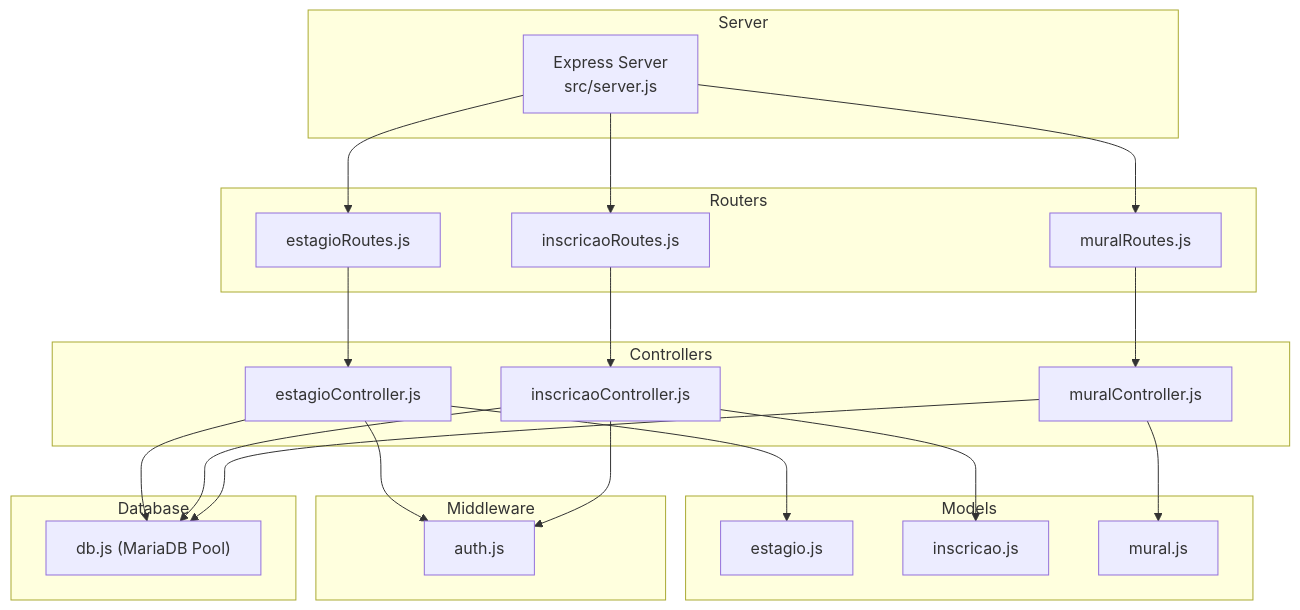
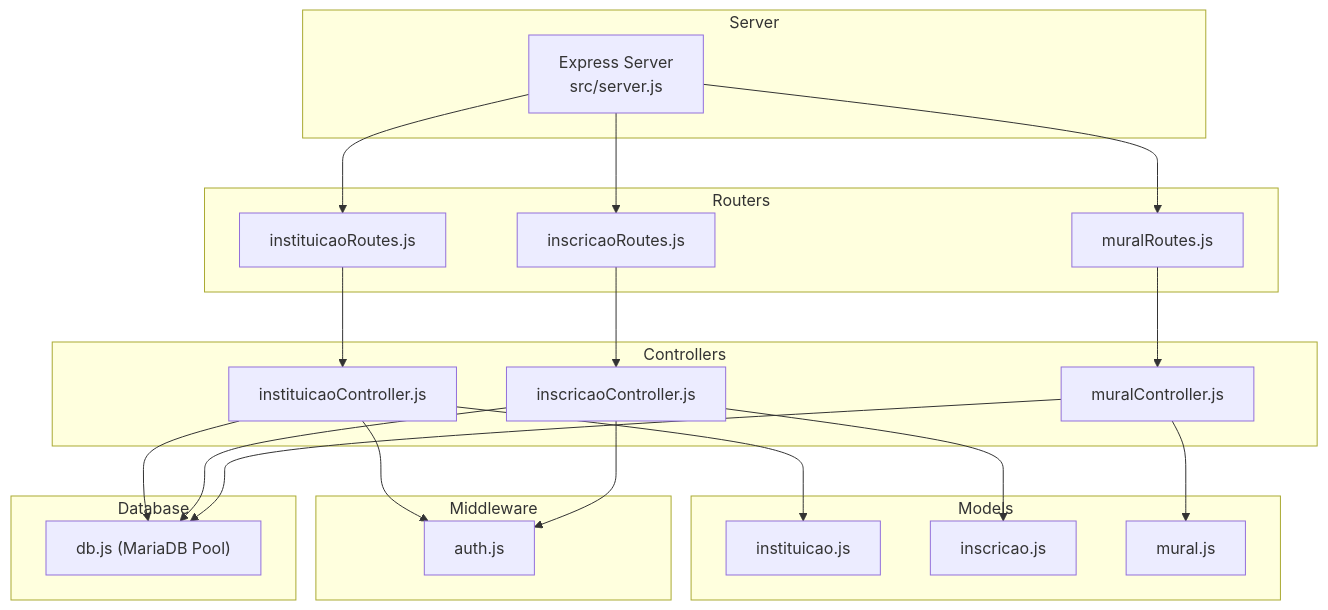
Before and after one commit to luiseduacosta/nodemural: the first of 3 diagrams in .qoder/repowiki/en/content/API Reference/Internship Management APIs.md, drawn with Mermaid. The commit also changed other lines of this file and 25 other files, not shown here.

````diff
--- a/.qoder/repowiki/en/content/API Reference/Internship Management APIs.md
+++ b/.qoder/repowiki/en/content/API Reference/Internship Management APIs.md
@@ -41,41 +41,41 @@
 ```mermaid
 graph TB
 subgraph "Server"
 S["Express Server<br/>src/server.js"]
 end
 subgraph "Routers"
-ER["estagioRoutes.js"]
+ER["instituicaoRoutes.js"]
 IR["inscricaoRoutes.js"]
 MR["muralRoutes.js"]
 end
 subgraph "Controllers"
-EC["estagioController.js"]
+EC["instituicaoController.js"]
 IC["inscricaoController.js"]
 MC["muralController.js"]
 end
 subgraph "Models"
-EM["estagio.js"]
+EM["instituicao.js"]
 IM["inscricao.js"]
 MM["mural.js"]
 end
 subgraph "Middleware"
 AM["auth.js"]
 end
 subgraph "Database"
 DB["db.js (MariaDB Pool)"]
 end
 S --> ER
 S --> IR
 S --> MR
 ER --> EC
 IR --> IC
 MR --> MC
 EC --> EM
 IC --> IM
 MC --> MM
 EC --> AM
 IC --> AM
 EC --> DB
 IC --> DB
 MC --> DB
 ```
````
